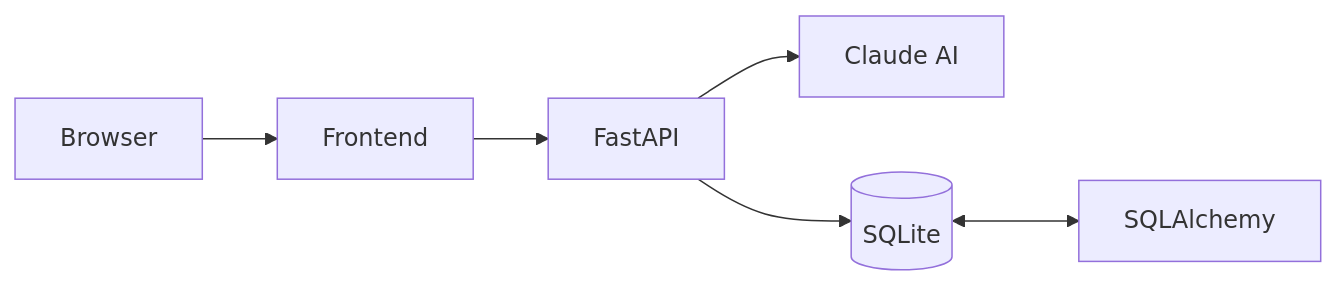
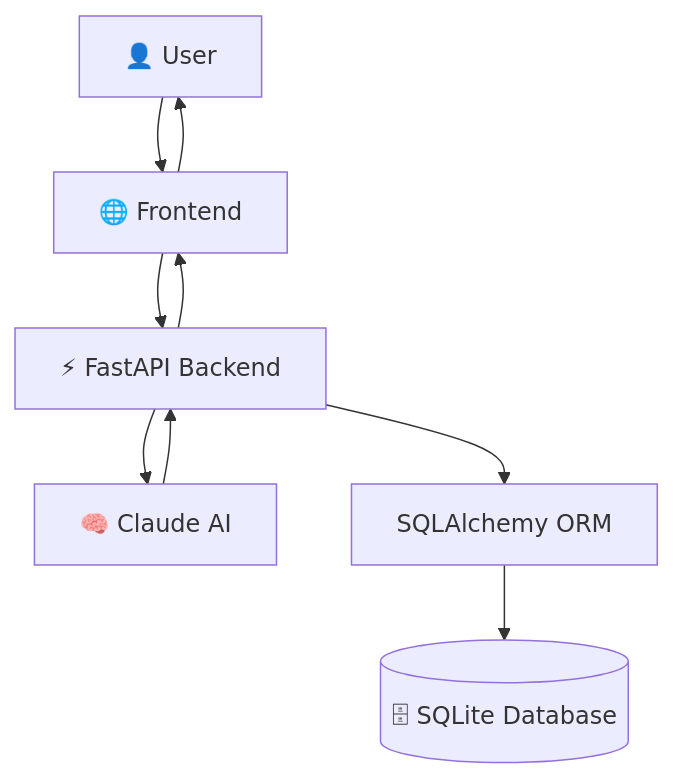
The first of 6 diagrams in README.md (psyccho00/AI_Bot_Toothless), drawn with Mermaid before and after one commit. The commit also changed other lines of this file, not shown here.

````diff
--- a/README.md
+++ b/README.md
@@ -25,8 +156,31 @@
 ```mermaid
-flowchart LR
-A[Browser] --> B[Frontend]
-B --> C[FastAPI]
-C --> D[Claude AI]
-C --> E[(SQLite)]
-E <--> F[SQLAlchemy]
+flowchart TD
+
+A[👤 User]
+
+B[🌐 Frontend]
+
+C[⚡ FastAPI Backend]
+
+D[🧠 Claude AI]
+
+E[(🗄 SQLite Database)]
+
+F[SQLAlchemy ORM]
+
+A --> B
+
+B --> C
+
+C --> D
+
+C --> F
+
+F --> E
+
+D --> C
+
+C --> B
+
+B --> A
 ```
````
